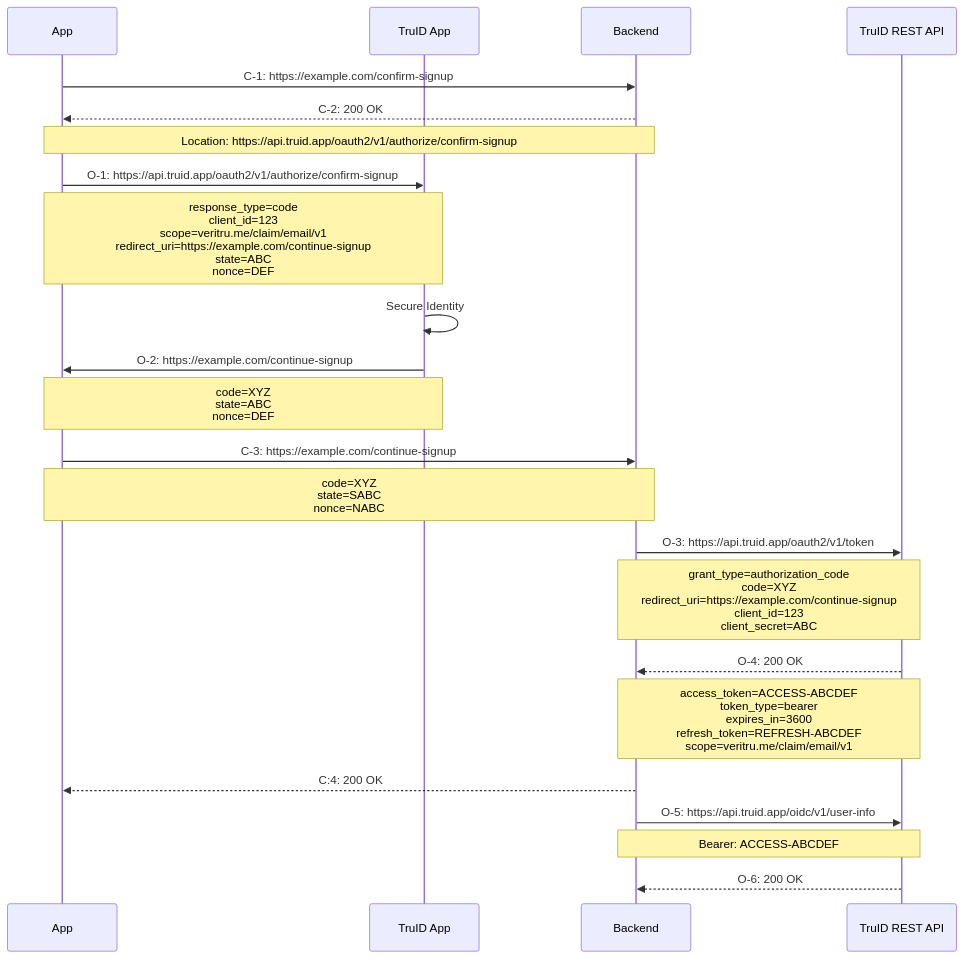
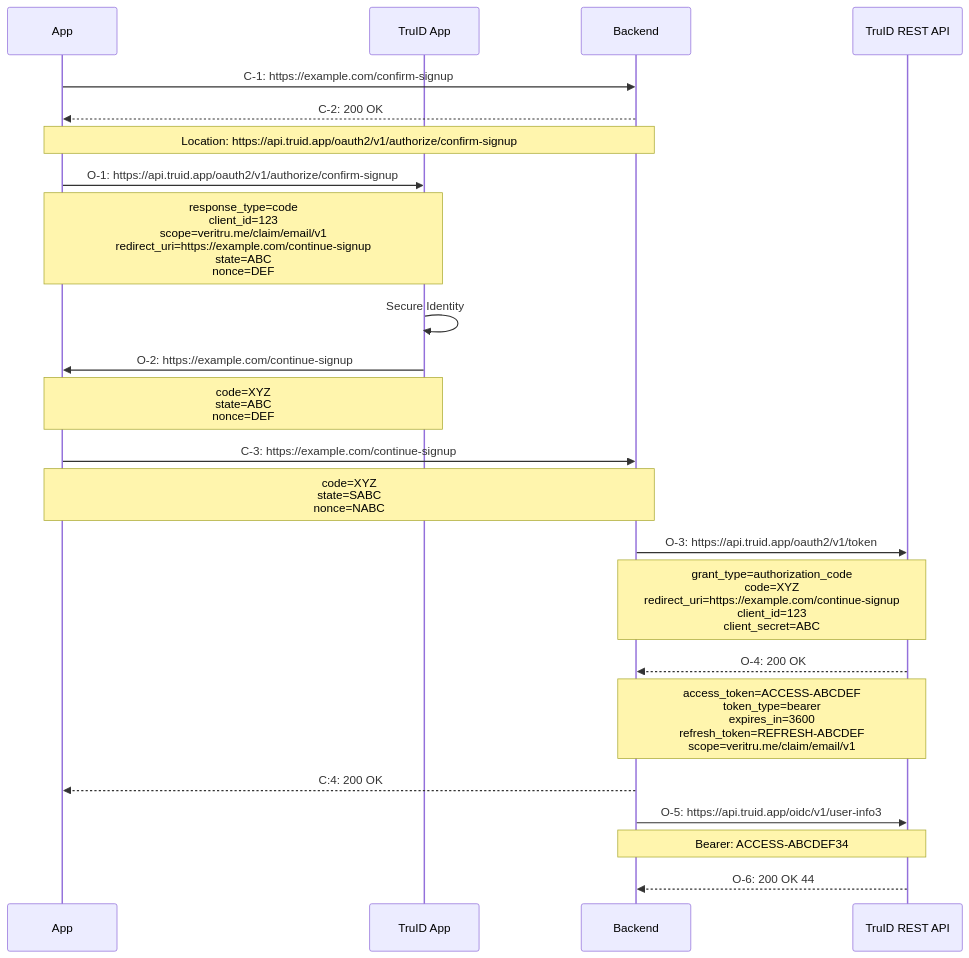
One commit to truid-app/client-integration changed the diagram in docs/oauth2/app-with-backend.md. Above: the diagram before and after it, drawn with Mermaid.

````diff
--- a/docs/oauth2/app-with-backend.md
+++ b/docs/oauth2/app-with-backend.md
@@ -11,36 +11,36 @@
 ```mermaid
 sequenceDiagram
 
   participant APP as App
   participant TID as TruID App
   participant BE as Backend
   participant API as TruID REST API
 
   APP ->> BE: C-1: https://example.com/confirm-signup
 
   BE -->> APP: C-2: 200 OK
   note over APP,BE: Location: https://api.truid.app/oauth2/v1/authorize/confirm-signup
 
   APP ->> TID: O-1: https://api.truid.app/oauth2/v1/authorize/confirm-signup
   note over APP,TID: response_type=code<br/>client_id=123<br/>scope=veritru.me/claim/email/v1<br/>redirect_uri=https://example.com/continue-signup<br/>state=ABC<br/>nonce=DEF
 
   TID ->> TID: Secure Identity
 
   TID ->> APP: O-2: https://example.com/continue-signup
   note over TID,APP: code=XYZ<br/>state=ABC<br/>nonce=DEF
 
   APP ->> BE: C-3: https://example.com/continue-signup
   note over APP,BE: code=XYZ<br/>state=SABC<br/>nonce=NABC
 
   BE ->> API: O-3: https://api.truid.app/oauth2/v1/token
   note over BE,API: grant_type=authorization_code<br/>code=XYZ<br/>redirect_uri=https://example.com/continue-signup<br/>client_id=123<br/>client_secret=ABC
 
   API -->> BE: O-4: 200 OK
   note over API,BE: access_token=ACCESS-ABCDEF<br/>token_type=bearer<br/>expires_in=3600<br/>refresh_token=REFRESH-ABCDEF<br/>scope=veritru.me/claim/email/v1
 
   BE -->> APP: C:4: 200 OK
 
-  BE ->> API: O-5: https://api.truid.app/oidc/v1/user-info
-  note over BE,API: Bearer: ACCESS-ABCDEF
-  API -->> BE: O-6: 200 OK
+  BE ->> API: O-5: https://api.truid.app/oidc/v1/user-info3
+  note over BE,API: Bearer: ACCESS-ABCDEF34
+  API -->> BE: O-6: 200 OK 44
 ```
````
